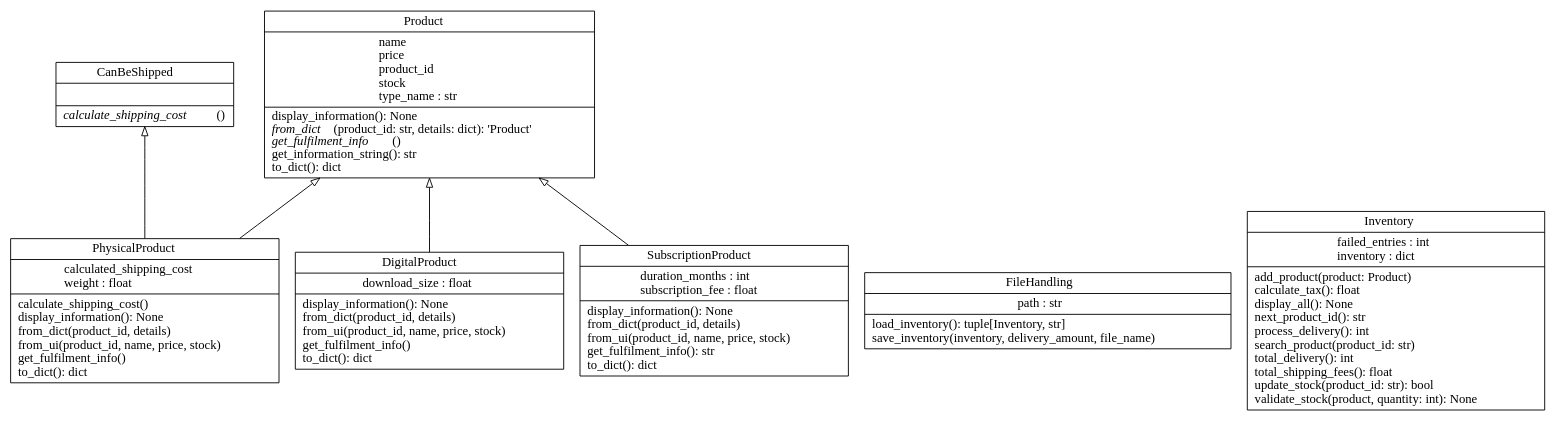
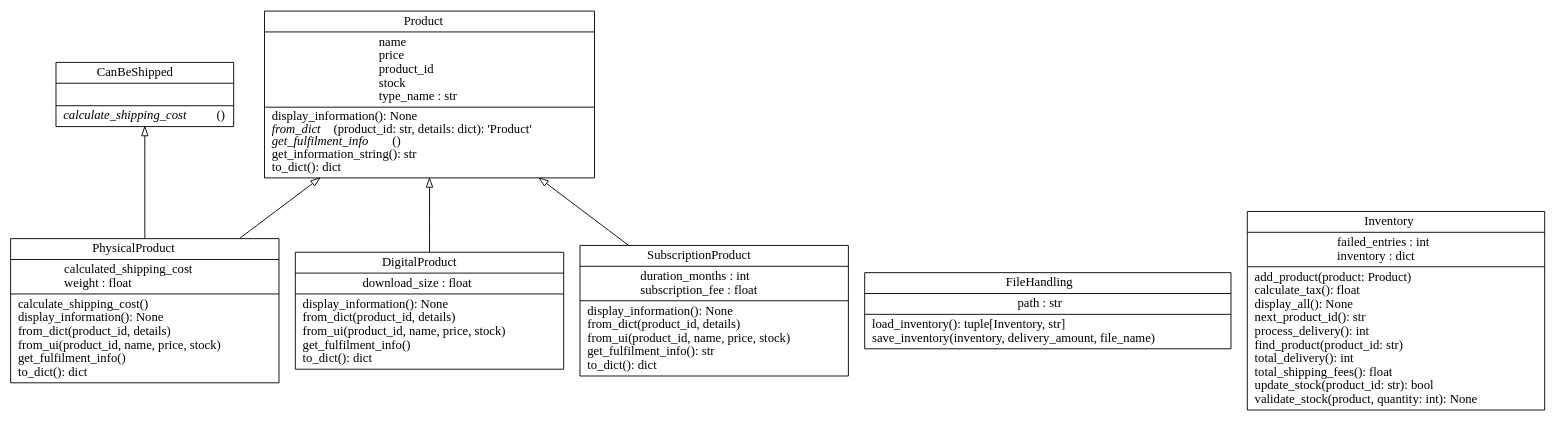
One commit to SYnthestic/INF1103lab2 changed the diagram in OOP_Lab/classes_IMS.dot. Above: the diagram before and after it, drawn with Graphviz. The commit also changed 5 other files, not shown here.

Commit message:
Changed search_product to find_product to conform to the lab content

```diff
--- a/OOP_Lab/classes_IMS.dot
+++ b/OOP_Lab/classes_IMS.dot
@@ -1,15 +1,15 @@
 digraph "classes_IMS" {
 rankdir=BT
 charset="utf-8"
 "canbeshipped.CanBeShipped" [color="black", fontcolor="black", label=<{CanBeShipped|<br ALIGN="LEFT"/>|<I>calculate_shipping_cost</I>()<br ALIGN="LEFT"/>}>, shape="record", style="solid"];
 "products.digitalproduct.DigitalProduct" [color="black", fontcolor="black", label=<{DigitalProduct|download_size : float<br ALIGN="LEFT"/>|display_information(): None<br ALIGN="LEFT"/>from_dict(product_id, details)<br ALIGN="LEFT"/>from_ui(product_id, name, price, stock)<br ALIGN="LEFT"/>get_fulfilment_info()<br ALIGN="LEFT"/>to_dict(): dict<br ALIGN="LEFT"/>}>, shape="record", style="solid"];
 "filehandling.FileHandling" [color="black", fontcolor="black", label=<{FileHandling|path : str<br ALIGN="LEFT"/>|load_inventory(): tuple[Inventory, str]<br ALIGN="LEFT"/>save_inventory(inventory, delivery_amount, file_name)<br ALIGN="LEFT"/>}>, shape="record", style="solid"];
-"inventory.Inventory" [color="black", fontcolor="black", label=<{Inventory|failed_entries : int<br ALIGN="LEFT"/>inventory : dict<br ALIGN="LEFT"/>|add_product(product: Product)<br ALIGN="LEFT"/>calculate_tax(): float<br ALIGN="LEFT"/>display_all(): None<br ALIGN="LEFT"/>next_product_id(): str<br ALIGN="LEFT"/>process_delivery(): int<br ALIGN="LEFT"/>search_product(product_id: str)<br ALIGN="LEFT"/>total_delivery(): int<br ALIGN="LEFT"/>total_shipping_fees(): float<br ALIGN="LEFT"/>update_stock(product_id: str): bool<br ALIGN="LEFT"/>validate_stock(product, quantity: int): None<br ALIGN="LEFT"/>}>, shape="record", style="solid"];
+"inventory.Inventory" [color="black", fontcolor="black", label=<{Inventory|failed_entries : int<br ALIGN="LEFT"/>inventory : dict<br ALIGN="LEFT"/>|add_product(product: Product)<br ALIGN="LEFT"/>calculate_tax(): float<br ALIGN="LEFT"/>display_all(): None<br ALIGN="LEFT"/>next_product_id(): str<br ALIGN="LEFT"/>process_delivery(): int<br ALIGN="LEFT"/>find_product(product_id: str)<br ALIGN="LEFT"/>total_delivery(): int<br ALIGN="LEFT"/>total_shipping_fees(): float<br ALIGN="LEFT"/>update_stock(product_id: str): bool<br ALIGN="LEFT"/>validate_stock(product, quantity: int): None<br ALIGN="LEFT"/>}>, shape="record", style="solid"];
 "products.physicalproduct.PhysicalProduct" [color="black", fontcolor="black", label=<{PhysicalProduct|calculated_shipping_cost<br ALIGN="LEFT"/>weight : float<br ALIGN="LEFT"/>|calculate_shipping_cost()<br ALIGN="LEFT"/>display_information(): None<br ALIGN="LEFT"/>from_dict(product_id, details)<br ALIGN="LEFT"/>from_ui(product_id, name, price, stock)<br ALIGN="LEFT"/>get_fulfilment_info()<br ALIGN="LEFT"/>to_dict(): dict<br ALIGN="LEFT"/>}>, shape="record", style="solid"];
 "product.Product" [color="black", fontcolor="black", label=<{Product|name<br ALIGN="LEFT"/>price<br ALIGN="LEFT"/>product_id<br ALIGN="LEFT"/>stock<br ALIGN="LEFT"/>type_name : str<br ALIGN="LEFT"/>|display_information(): None<br ALIGN="LEFT"/><I>from_dict</I>(product_id: str, details: dict): 'Product'<br ALIGN="LEFT"/><I>get_fulfilment_info</I>()<br ALIGN="LEFT"/>get_information_string(): str<br ALIGN="LEFT"/>to_dict(): dict<br ALIGN="LEFT"/>}>, shape="record", style="solid"];
 "products.subscriptionproduct.SubscriptionProduct" [color="black", fontcolor="black", label=<{SubscriptionProduct|duration_months : int<br ALIGN="LEFT"/>subscription_fee : float<br ALIGN="LEFT"/>|display_information(): None<br ALIGN="LEFT"/>from_dict(product_id, details)<br ALIGN="LEFT"/>from_ui(product_id, name, price, stock)<br ALIGN="LEFT"/>get_fulfilment_info(): str<br ALIGN="LEFT"/>to_dict(): dict<br ALIGN="LEFT"/>}>, shape="record", style="solid"];
 "products.digitalproduct.DigitalProduct" -> "product.Product" [arrowhead="empty", arrowtail="none"];
 "products.physicalproduct.PhysicalProduct" -> "canbeshipped.CanBeShipped" [arrowhead="empty", arrowtail="none"];
 "products.physicalproduct.PhysicalProduct" -> "product.Product" [arrowhead="empty", arrowtail="none"];
 "products.subscriptionproduct.SubscriptionProduct" -> "product.Product" [arrowhead="empty", arrowtail="none"];
 }
```
